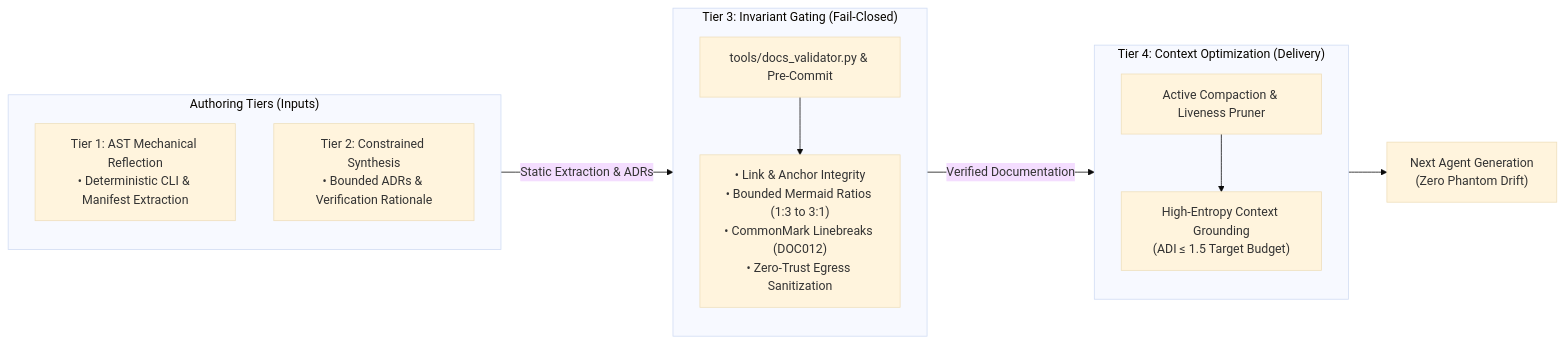
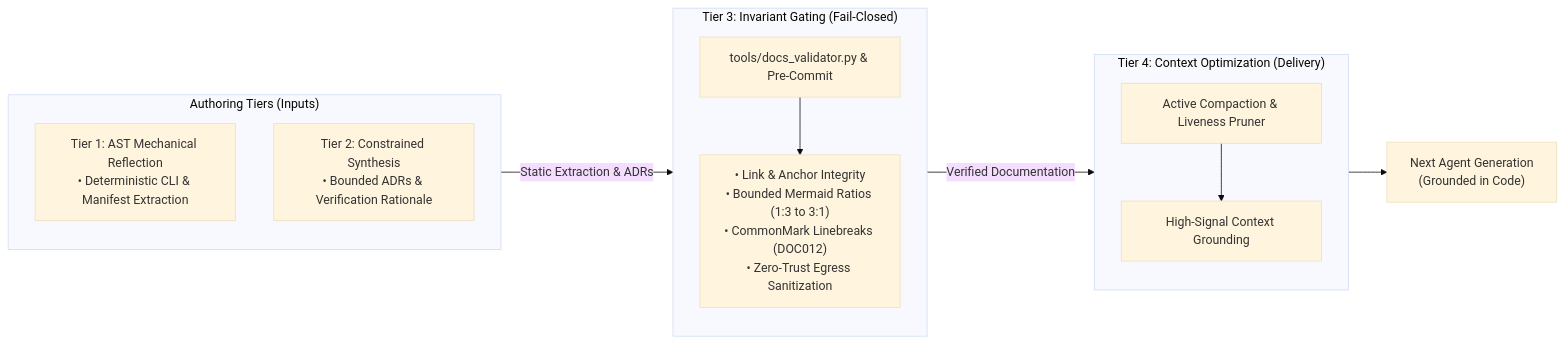
One commit to dan-petty/vibes changed the second of 2 diagrams in observations/systems/27-agentic-project-self-documentation-and-the-phantom-architecture-trap.md. Above: the diagram before and after it, drawn with Mermaid (base theme). The commit also changed other lines of this file and 248 other files, not shown here.

````diff
--- a/observations/systems/27-agentic-project-self-documentation-and-the-phantom-architecture-trap.md
+++ b/observations/systems/27-agentic-project-self-documentation-and-the-phantom-architecture-trap.md
@@ -104,26 +104,26 @@
 ```mermaid
 flowchart LR
     subgraph S1 ["Authoring Tiers (Inputs)"]
         direction TB
         T1["Tier 1: AST Mechanical Reflection<br/>• Deterministic CLI & Manifest Extraction"]
         T2["Tier 2: Constrained Synthesis<br/>• Bounded ADRs & Verification Rationale"]
     end
 
     subgraph S2 ["Tier 3: Invariant Gating (Fail-Closed)"]
         direction TB
         T3_Val["tools/docs_validator.py & Pre-Commit"]
         T3_Rules["• Link & Anchor Integrity<br/>• Bounded Mermaid Ratios (1:3 to 3:1)<br/>• CommonMark Linebreaks (DOC012)<br/>• Zero-Trust Egress Sanitization"]
         T3_Val --> T3_Rules
     end
 
     subgraph S3 ["Tier 4: Context Optimization (Delivery)"]
         direction TB
         T4_Comp["Active Compaction & Liveness Pruner"]
-        T4_Ctx["High-Entropy Context Grounding<br/>(ADI &le; 1.5 Target Budget)"]
+        T4_Ctx["High-Signal Context Grounding"]
         T4_Comp --> T4_Ctx
     end
 
     S1 -->|"Static Extraction & ADRs"| S2
     S2 -->|"Verified Documentation"| S3
-    S3 --> NextAgent["Next Agent Generation<br/>(Zero Phantom Drift)"]
+    S3 --> NextAgent["Next Agent Generation<br/>(Grounded in Code)"]
 ```
````
